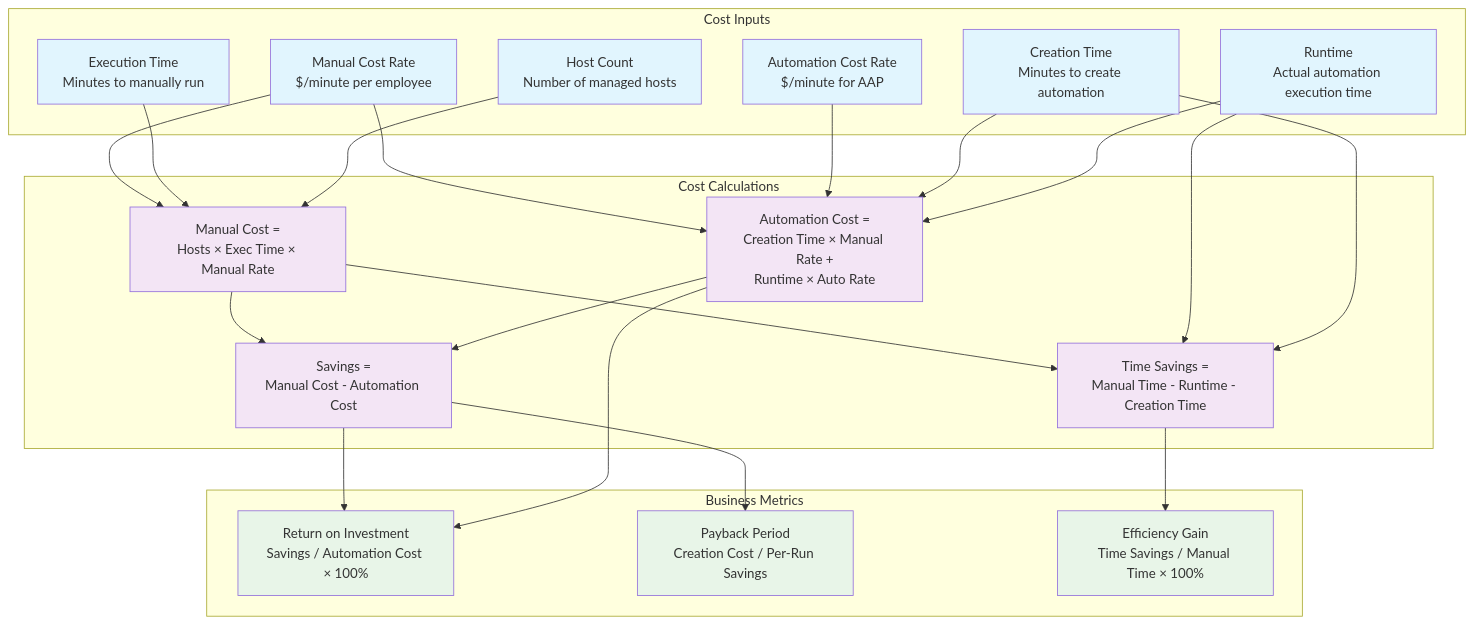
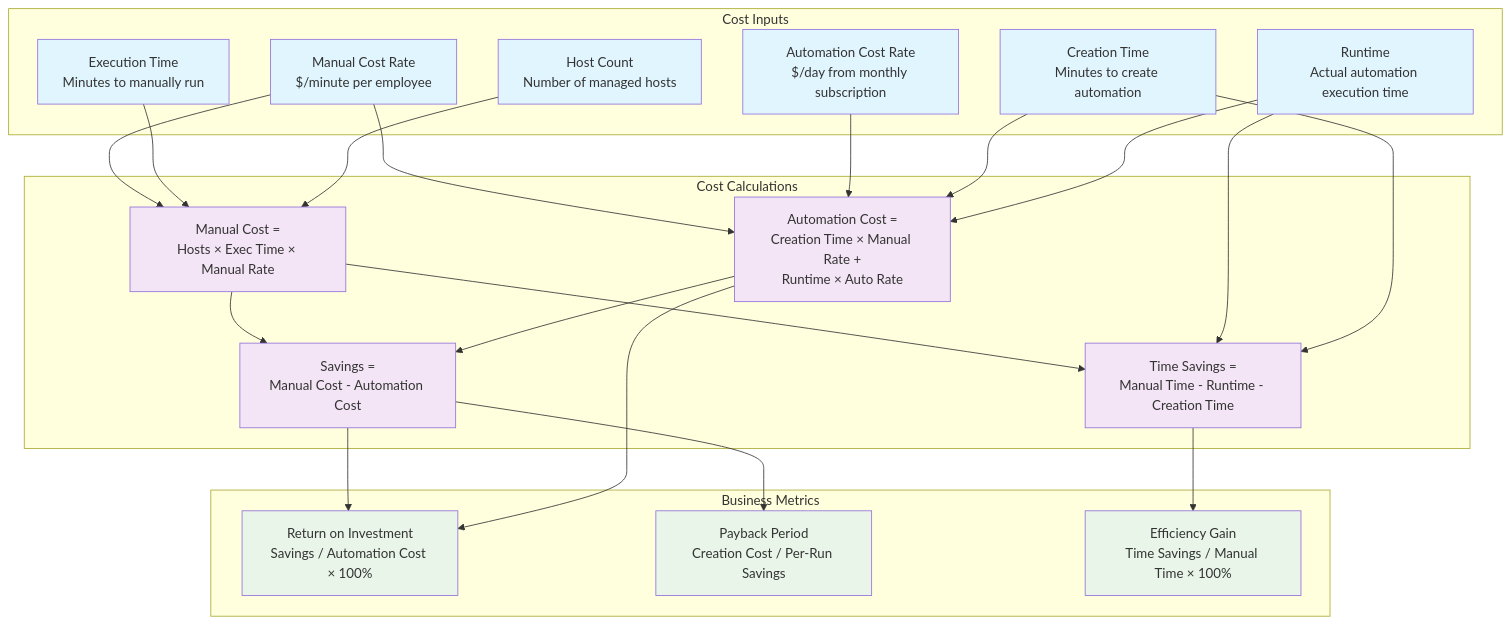
The second of 2 diagrams in docs/03-analytics-reporting.md (ansible/automation-reports), drawn with Mermaid before and after one commit. The commit also changed other lines of this file and 28 other files, not shown here.

Commit message:
Change Avg cost per minute input to monthly subscription cost (#226)

````diff
--- a/docs/03-analytics-reporting.md
+++ b/docs/03-analytics-reporting.md
@@ -128,52 +128,52 @@
 ```mermaid
 flowchart TD
     subgraph "Cost Inputs"
         MANUAL_RATE[Manual Cost Rate<br/>$/minute per employee]
-        AUTO_RATE[Automation Cost Rate<br/>$/minute for AAP]
+        AUTO_RATE[Automation Cost Rate<br/>$/day from monthly subscription]
         EXEC_TIME[Execution Time<br/>Minutes to manually run]
         CREATE_TIME[Creation Time<br/>Minutes to create automation]
         HOST_COUNT[Host Count<br/>Number of managed hosts]
         RUN_TIME[Runtime<br/>Actual automation execution time]
     end
 
     subgraph "Cost Calculations"
         MANUAL_CALC[Manual Cost =<br/>Hosts × Exec Time × Manual Rate]
         AUTO_CALC[Automation Cost =<br/>Creation Time × Manual Rate +<br/>Runtime × Auto Rate]
         SAVINGS[Savings =<br/>Manual Cost - Automation Cost]
         TIME_SAVINGS[Time Savings =<br/>Manual Time - Runtime - Creation Time]
     end
 
     subgraph "Business Metrics"
         ROI[Return on Investment<br/>Savings / Automation Cost × 100%]
         PAYBACK[Payback Period<br/>Creation Cost / Per-Run Savings]
         EFFICIENCY[Efficiency Gain<br/>Time Savings / Manual Time × 100%]
     end
 
     MANUAL_RATE --> MANUAL_CALC
     EXEC_TIME --> MANUAL_CALC
     HOST_COUNT --> MANUAL_CALC
 
     MANUAL_RATE --> AUTO_CALC
     AUTO_RATE --> AUTO_CALC
     CREATE_TIME --> AUTO_CALC
     RUN_TIME --> AUTO_CALC
 
     MANUAL_CALC --> SAVINGS
     AUTO_CALC --> SAVINGS
     MANUAL_CALC --> TIME_SAVINGS
     RUN_TIME --> TIME_SAVINGS
     CREATE_TIME --> TIME_SAVINGS
 
     SAVINGS --> ROI
     AUTO_CALC --> ROI
     SAVINGS --> PAYBACK
     TIME_SAVINGS --> EFFICIENCY
 
     classDef input fill:#e1f5fe
     classDef calc fill:#f3e5f5
     classDef metric fill:#e8f5e8
 
     class MANUAL_RATE,AUTO_RATE,EXEC_TIME,CREATE_TIME,HOST_COUNT,RUN_TIME input
     class MANUAL_CALC,AUTO_CALC,SAVINGS,TIME_SAVINGS calc
     class ROI,PAYBACK,EFFICIENCY metric
 ```
````
